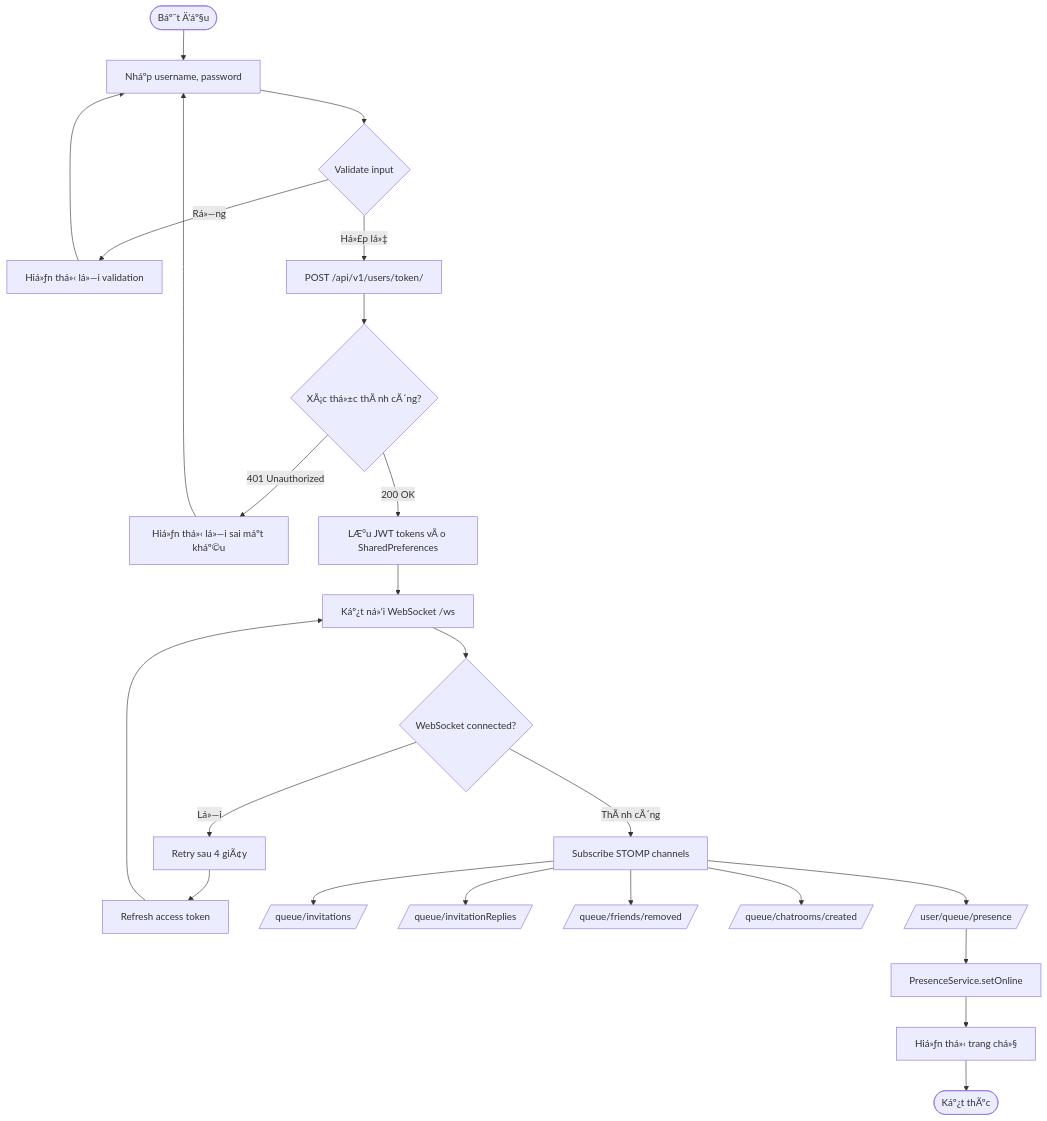
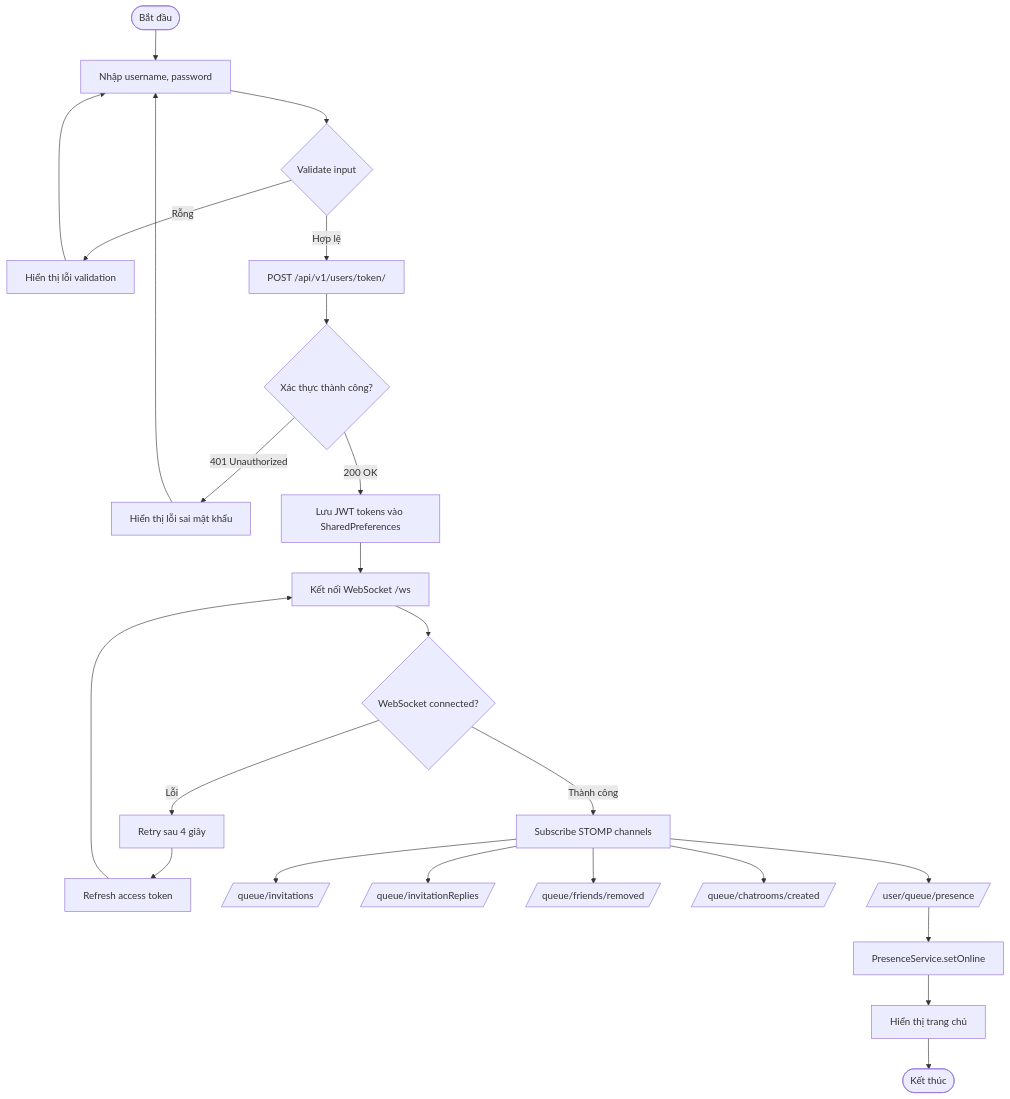
The ninth of 10 diagrams in bao_cao_thanh_vien_1.md (HiepNguyen284/chatapp), drawn with Mermaid before and after one commit. The commit also changed other lines of this file and 1 other file, not shown here.

Commit message:
fix lỗi font chữ

````diff
--- a/bao_cao_thanh_vien_1.md
+++ b/bao_cao_thanh_vien_1.md
@@ -1090,26 +1090,26 @@
 ```mermaid
 flowchart TD
-    A([Báº¯t Ä‘áº§u]) --> B[Nháº­p username, password]
+    A([Bắt đầu]) --> B[Nhập username, password]
     B --> C{Validate input}
-    C -->|Rá»—ng| D[Hiá»ƒn thá»‹ lá»—i validation]
+    C -->|Rỗng| D[Hiển thị lỗi validation]
     D --> B
-    C -->|Há»£p lá»‡| E[POST /api/v1/users/token/]
-    E --> F{XÃ¡c thá»±c thÃ nh cÃ´ng?}
-    F -->|401 Unauthorized| G[Hiá»ƒn thá»‹ lá»—i sai máº­t kháº©u]
+    C -->|Hợp lệ| E[POST /api/v1/users/token/]
+    E --> F{Xác thực thành công?}
+    F -->|401 Unauthorized| G[Hiển thị lỗi sai mật khẩu]
     G --> B
-    F -->|200 OK| H[LÆ°u JWT tokens vÃ o SharedPreferences]
-    H --> I[Káº¿t ná»‘i WebSocket /ws]
+    F -->|200 OK| H[Lưu JWT tokens vào SharedPreferences]
+    H --> I[Kết nối WebSocket /ws]
     I --> J{WebSocket connected?}
-    J -->|Lá»—i| K[Retry sau 4 giÃ¢y]
+    J -->|Lỗi| K[Retry sau 4 giây]
     K --> L[Refresh access token]
     L --> I
-    J -->|ThÃ nh cÃ´ng| M[Subscribe STOMP channels]
+    J -->|Thành công| M[Subscribe STOMP channels]
     M --> N[/queue/invitations/]
     M --> O[/queue/invitationReplies/]
     M --> P[/queue/friends/removed/]
     M --> Q[/queue/chatrooms/created/]
     M --> R[/user/queue/presence/]
     R --> S[PresenceService.setOnline]
-    S --> T[Hiá»ƒn thá»‹ trang chá»§]
-    T --> U([Káº¿t thÃºc])
+    S --> T[Hiển thị trang chủ]
+    T --> U([Kết thúc])
 ```
````
